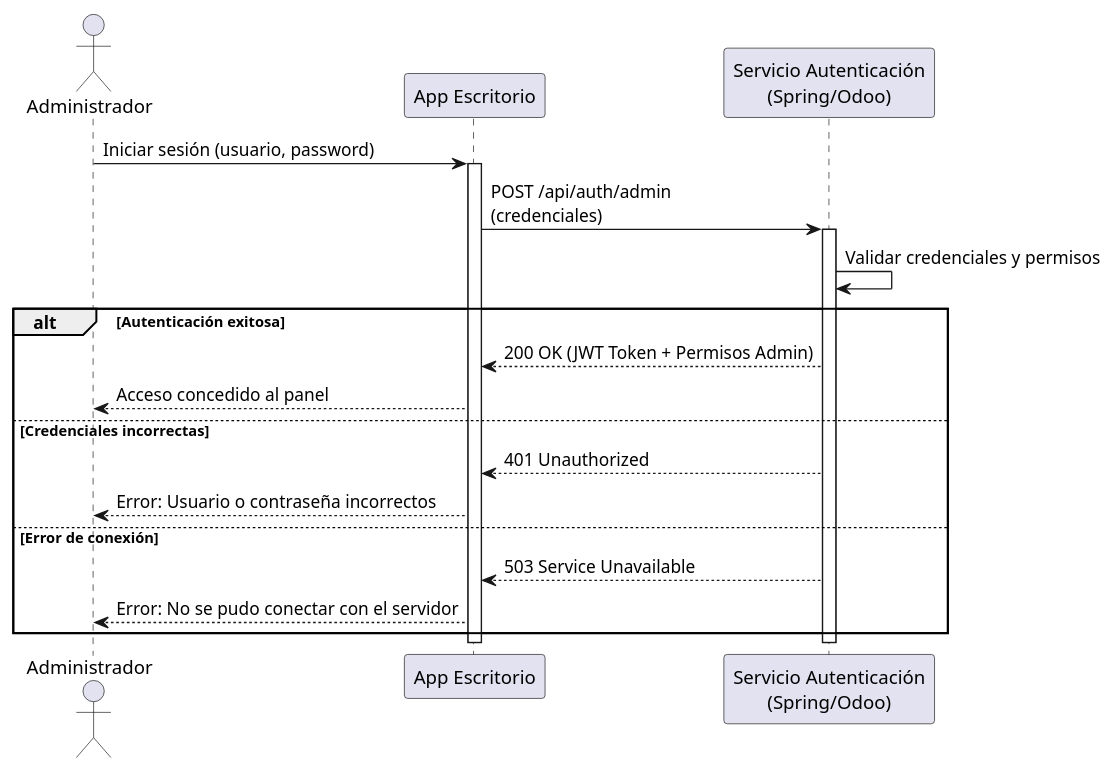
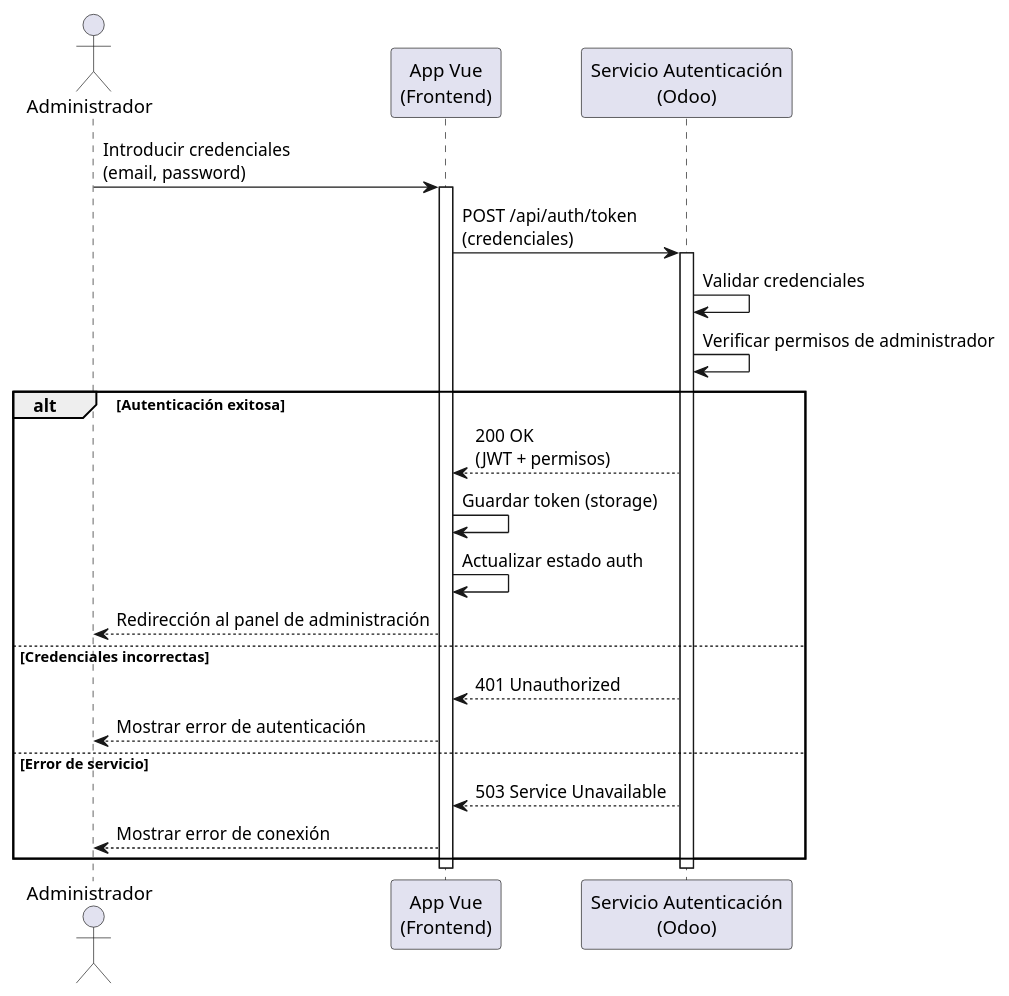
The second of 5 diagrams in docs/frontend/administrador_contenidos.md (ComfyPenguin/Bloste-Docs), drawn with PlantUML before and after one commit. The commit also changed other lines of this file and 9 other files, not shown here.

Commit message:
Squashed commit of the following: - Documentacion de Admin-vue y Media_server-ExpressJS

````diff
--- a/docs/frontend/administrador_contenidos.md
+++ b/docs/frontend/administrador_contenidos.md
@@ -69,29 +80,32 @@
 ```plantuml
 @startuml
 actor Administrador
-participant AppEscritorio as "App Escritorio"
-participant Backend as "Servicio Autenticación\n(Spring/Odoo)"
+participant AppEscritorio as "App Vue\n(Frontend)"
+participant Backend as "Servicio Autenticación\n(Odoo)"
 
-Administrador -> AppEscritorio : Iniciar sesión (usuario, password)
+Administrador -> AppEscritorio : Introducir credenciales\n(email, password)
 activate AppEscritorio
 
-AppEscritorio -> Backend : POST /api/auth/admin\n(credenciales)
+AppEscritorio -> Backend : POST /api/auth/token\n(credenciales)
 activate Backend
 
-Backend -> Backend : Validar credenciales y permisos
+Backend -> Backend : Validar credenciales
+Backend -> Backend : Verificar permisos de administrador
 
 alt Autenticación exitosa
-    Backend --> AppEscritorio : 200 OK (JWT Token + Permisos Admin)
-    AppEscritorio --> Administrador : Acceso concedido al panel
+    Backend --> AppEscritorio : 200 OK\n(JWT + permisos)
+    AppEscritorio -> AppEscritorio : Guardar token (storage)
+    AppEscritorio -> AppEscritorio : Actualizar estado auth
+    AppEscritorio --> Administrador : Redirección al panel de administración
 else Credenciales incorrectas
     Backend --> AppEscritorio : 401 Unauthorized
-    AppEscritorio --> Administrador : Error: Usuario o contraseña incorrectos
-else Error de conexión
+    AppEscritorio --> Administrador : Mostrar error de autenticación
+else Error de servicio
     Backend --> AppEscritorio : 503 Service Unavailable
-    AppEscritorio --> Administrador : Error: No se pudo conectar con el servidor
+    AppEscritorio --> Administrador : Mostrar error de conexión
 end
 
 deactivate Backend
 deactivate AppEscritorio
 @enduml
 ```
````
